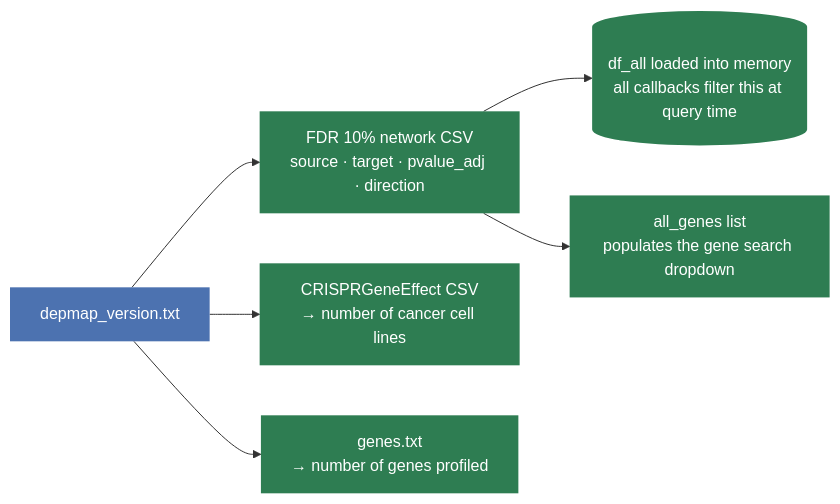
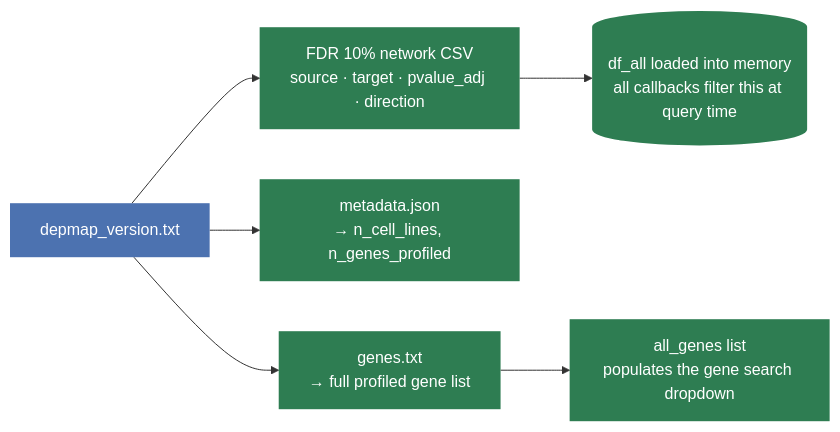
One commit to EMBL-EBI-ABC/PerturbationCatalogue changed the first of 3 diagrams in coessentiality_feature/documentation/single_gene_workflow.md. Above: the diagram before and after it, drawn with Mermaid. The commit also changed other lines of this file and 5 other files, not shown here.

````diff
--- a/coessentiality_feature/documentation/single_gene_workflow.md
+++ b/coessentiality_feature/documentation/single_gene_workflow.md
@@ -11,12 +11,12 @@
 ```mermaid
 flowchart LR
 
 classDef file  fill:#4C72B0,color:#fff,stroke:none
 classDef data  fill:#2E7D52,color:#fff,stroke:none
 
 A[depmap_version.txt]:::file --> B[FDR 10% network CSV\nsource · target · pvalue_adj · direction]:::data
-A --> C[CRISPRGeneEffect CSV\n→ number of cancer cell lines]:::data
-A --> D[genes.txt\n→ number of genes profiled]:::data
+A --> C[metadata.json\n→ n_cell_lines, n_genes_profiled]:::data
+A --> D[genes.txt\n→ full profiled gene list]:::data
 B --> E[(df_all loaded into memory\nall callbacks filter this at query time)]:::data
-B --> F[all_genes list\npopulates the gene search dropdown]:::data
+D --> F[all_genes list\npopulates the gene search dropdown]:::data
 ```
````
